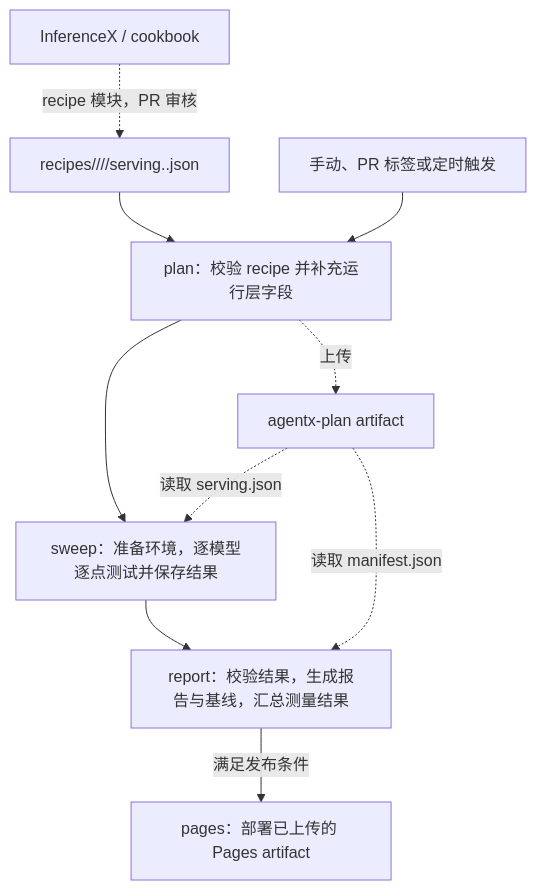
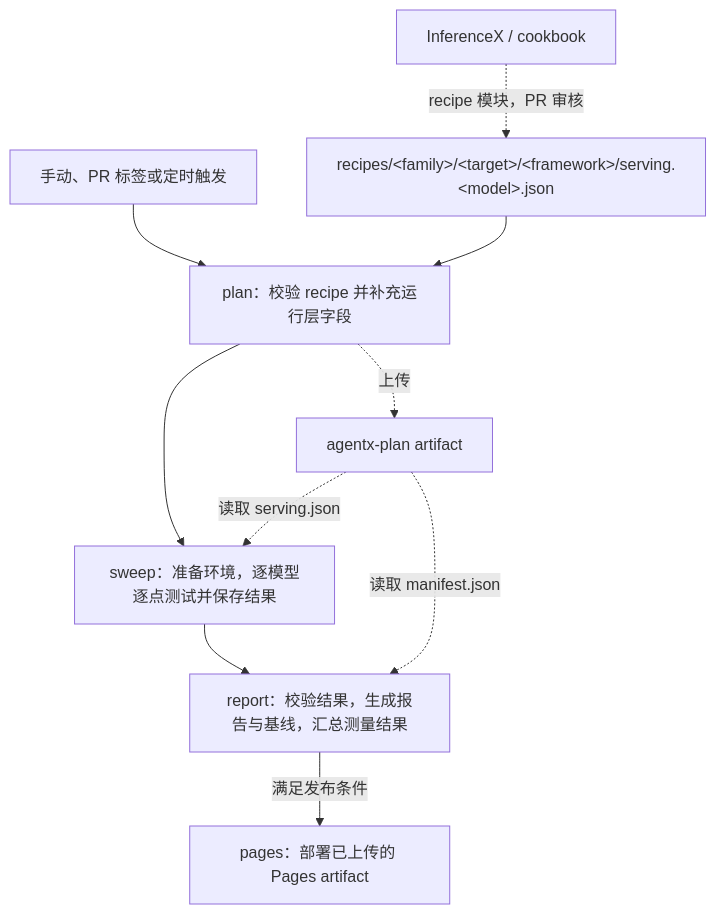
One commit to AMD-AGI/AKLR changed the diagram in benchmarks/agentx/README.zh.md. Above: the diagram before and after it, drawn with Mermaid. The commit also changed other lines of this file and 20 other files, not shown here.

````diff
--- a/benchmarks/agentx/README.zh.md
+++ b/benchmarks/agentx/README.zh.md
@@ -9,11 +9,11 @@
 ```mermaid
 flowchart TD
-    X["InferenceX / cookbook"] -.->|"recipe 模块，PR 审核"| L["recipes/<family>/<target>/<framework>/serving.<model>.json"] --> P
     T["手动、PR 标签或定时触发"] --> P["plan：校验 recipe 并补充运行层字段"]
+    X["InferenceX / cookbook"] -.->|"recipe 模块，PR 审核"| L["recipes/#lt;family#gt;/#lt;target#gt;/#lt;framework#gt;/serving.#lt;model#gt;.json"] --> P
     P --> S["sweep：准备环境，逐模型逐点测试并保存结果"]
     S --> R["report：校验结果，生成报告与基线，汇总测量结果"]
     R -->|"满足发布条件"| D["pages：部署已上传的 Pages artifact"]
     P -.->|"上传"| A["agentx-plan artifact"]
     A -.->|"读取 serving.json"| S
     A -.->|"读取 manifest.json"| R
 ```
````
